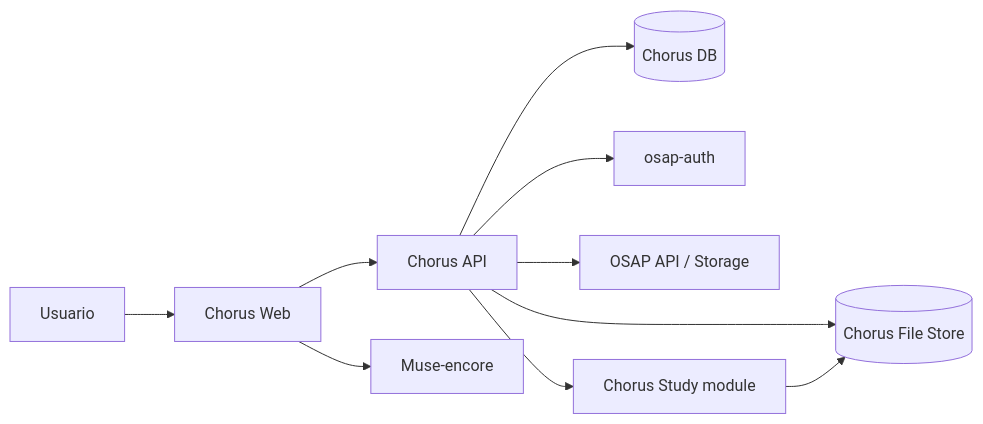
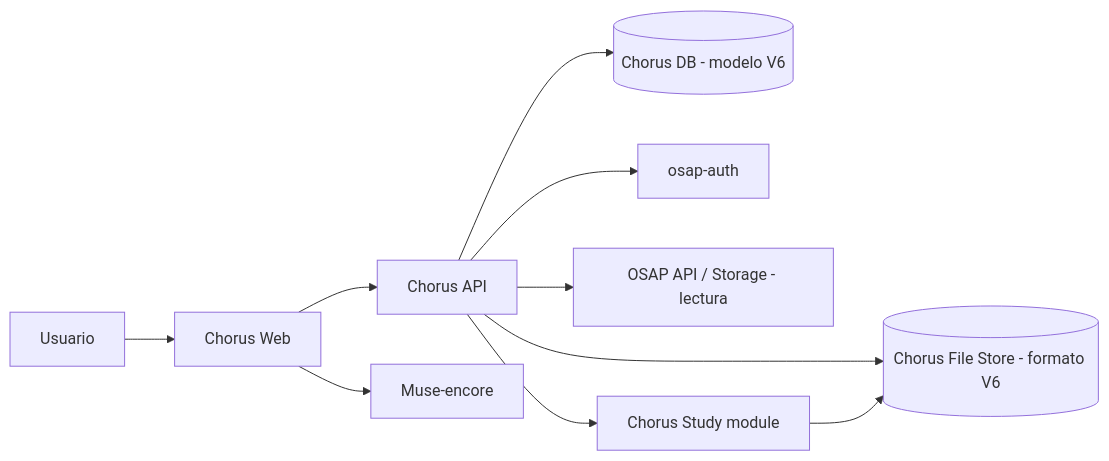
The diagram in docs/architecture.md (recursosformacion/ai_chorus), drawn with Mermaid before and after one commit. The commit also changed other lines of this file, not shown here.

Commit message:
Use OSAP Storage V6 format for Chorus-owned works

````diff
--- a/docs/architecture.md
+++ b/docs/architecture.md
@@ -27,12 +29,12 @@
 ```mermaid
 flowchart LR
     U[Usuario] --> UI[Chorus Web]
     UI --> API[Chorus API]
-    API --> DB[(Chorus DB)]
-    API --> FS[(Chorus File Store)]
+    API --> DB[(Chorus DB - modelo V6)]
+    API --> FS[(Chorus File Store - formato V6)]
     API --> AUTH[osap-auth]
-    API --> OAPI[OSAP API / Storage]
+    API --> OAPI[OSAP API / Storage - lectura]
     UI --> EDITOR[Muse-encore]
     API --> STUDY[Chorus Study module]
     STUDY --> FS
 ```
````
